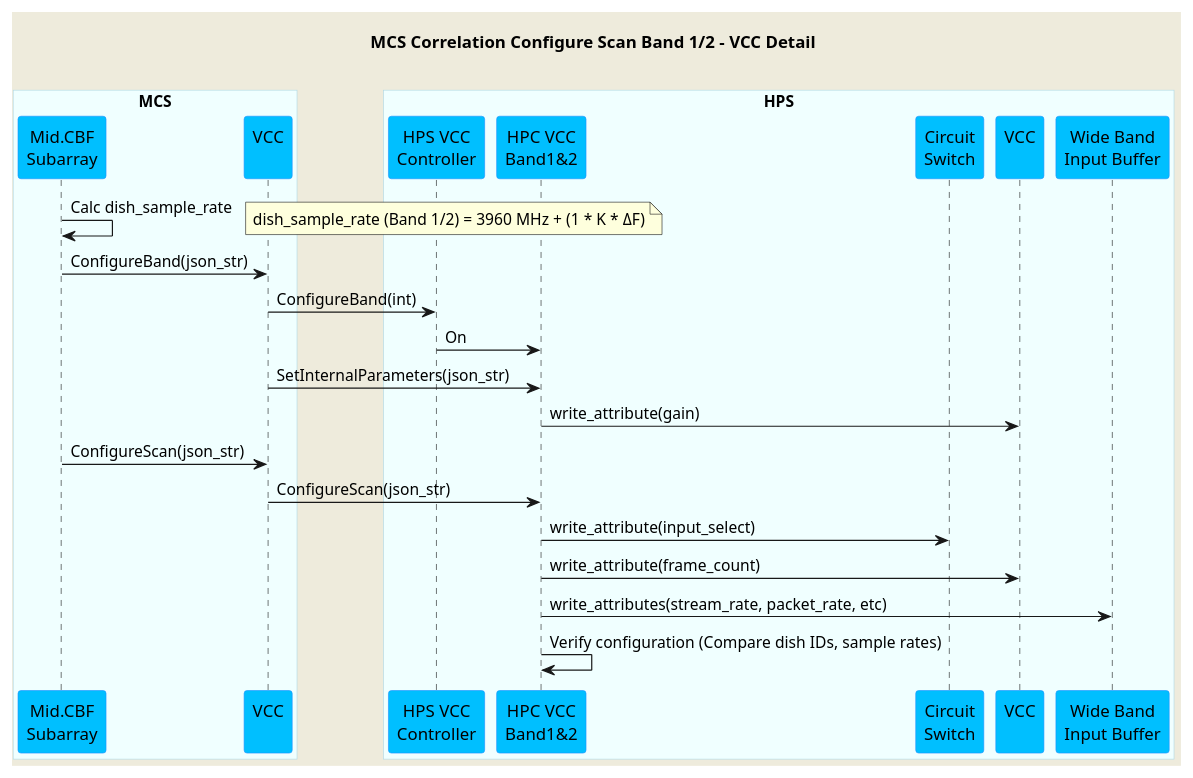
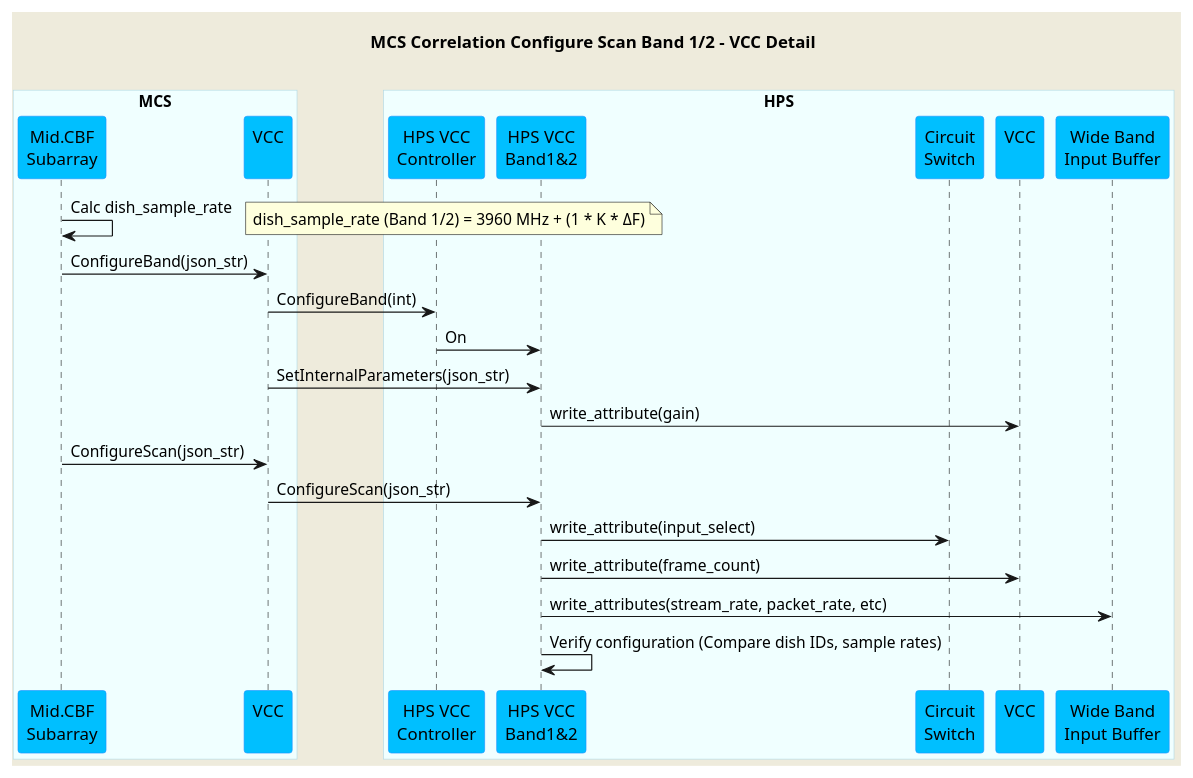
One commit to ska-telescope/mid-cbf-mcs changed the diagram in docs/src/diagrams/configure-scan-vcc.puml. Above: the diagram before and after it, drawn with PlantUML.

Commit message:
CIP-1940 Fixed typo

```diff
--- a/docs/src/diagrams/configure-scan-vcc.puml
+++ b/docs/src/diagrams/configure-scan-vcc.puml
@@ -1,44 +1,44 @@
 @startuml
 'https://plantuml.com/sequence-diagram
 
 skinparam backgroundColor #EEEBDC
 skinparam sequence {
 ParticipantBorderColor DodgerBlue
 ParticipantBackgroundColor DeepSkyBlue
 ActorBorderColor DarkGreen
 ActorBackgroundColor Green
 BoxBorderColor LightBlue
 BoxBackgroundColor #F0FFFF
 }
 
 title MCS Correlation Configure Scan Band 1/2 - VCC Detail\n
 
 box "MCS"
 participant "Mid.CBF\nSubarray" as subarray
 participant "VCC\n" as vcc
 end box
 
 box "HPS"
 participant "HPS VCC\nController" as hpsvcc
-participant "HPC VCC\nBand1&2" as vccband1
+participant "HPS VCC\nBand1&2" as vccband1
 participant "Circuit\nSwitch" as cs
 participant "VCC\n" as vccdevice
 participant "Wide Band\nInput Buffer" as wb
 end box
 
 subarray    -> subarray     : Calc dish_sample_rate
 note right                  : dish_sample_rate (Band 1/2) = 3960 MHz + (1 * K * <U+0394>F)
 subarray    -> vcc          : ConfigureBand(json_str)
 vcc         -> hpsvcc       : ConfigureBand(int)
 hpsvcc      -> vccband1     : On
 vcc         -> vccband1     : SetInternalParameters(json_str)
 vccband1    -> vccdevice    : write_attribute(gain)
 subarray    -> vcc          : ConfigureScan(json_str)
 vcc         -> vccband1     : ConfigureScan(json_str)
 vccband1    -> cs           : write_attribute(input_select)
 vccband1    -> vccdevice    : write_attribute(frame_count)
 vccband1    -> wb           : write_attributes(stream_rate, packet_rate, etc)
 vccband1    -> vccband1     : Verify configuration (Compare dish IDs, sample rates)
 
 
 @enduml
```
